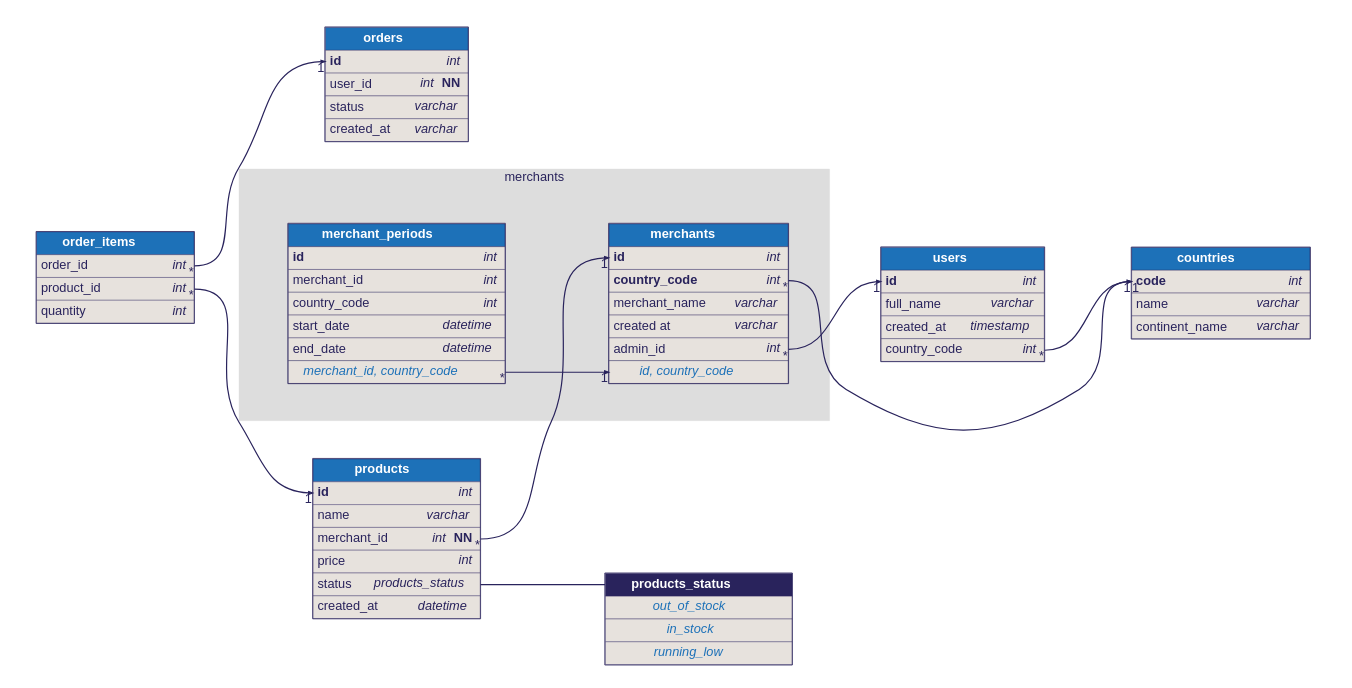
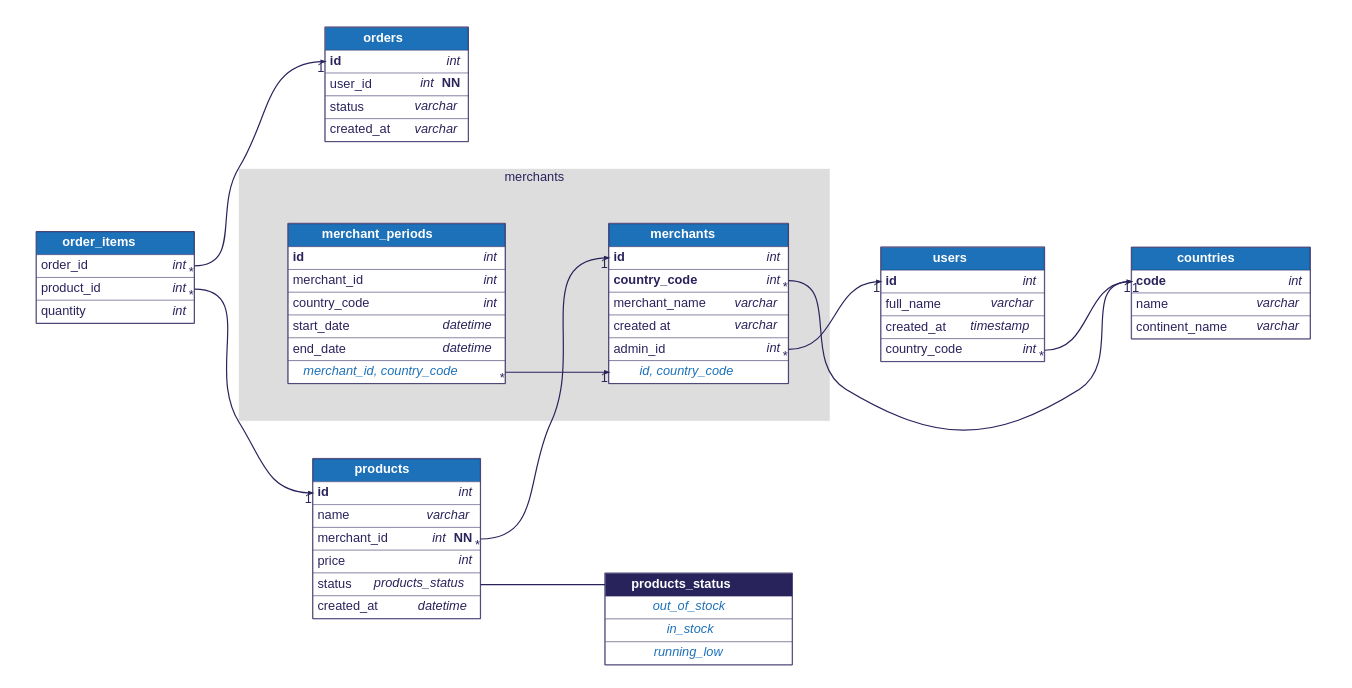
Before and after one commit to zenodinh/dbml-renderer: the diagram in examples/merchants.dbml.dot, drawn with Graphviz. The commit also changed 52 other files, not shown here.

First line of the commit message:
style: white column backgrounds, clean dbdiagram.io-style theme

```diff
--- a/examples/merchants.dbml.dot
+++ b/examples/merchants.dbml.dot
@@ -6,9 +6,9 @@
 
       "products_status" [id="products_status";label=<<TABLE BORDER="2" COLOR="#29235c" CELLBORDER="1" CELLSPACING="0" CELLPADDING="10">
     <TR><TD PORT="f0" BGCOLOR="#29235c"><FONT COLOR="#ffffff"><B>       products_status       </B></FONT></TD></TR>
-    <TR><TD PORT="f0" BGCOLOR="#e7e2dd"><FONT COLOR="#1d71b8"><I>    out_of_stock    </I></FONT></TD></TR>
-<TR><TD PORT="f1" BGCOLOR="#e7e2dd"><FONT COLOR="#1d71b8"><I>    in_stock    </I></FONT></TD></TR>
-<TR><TD PORT="f2" BGCOLOR="#e7e2dd"><FONT COLOR="#1d71b8"><I>    running_low    </I></FONT></TD></TR>
+    <TR><TD PORT="f0" BGCOLOR="#ffffff"><FONT COLOR="#1d71b8"><I>    out_of_stock    </I></FONT></TD></TR>
+<TR><TD PORT="f1" BGCOLOR="#ffffff"><FONT COLOR="#1d71b8"><I>    in_stock    </I></FONT></TD></TR>
+<TR><TD PORT="f2" BGCOLOR="#ffffff"><FONT COLOR="#1d71b8"><I>    running_low    </I></FONT></TD></TR>
     </TABLE>>];
       subgraph cluster_merchants {
       label="merchants"
@@ -17,7 +17,7 @@
 
       "merchants" [id="merchants";label=<<TABLE BORDER="2" COLOR="#29235c" CELLBORDER="1" CELLSPACING="0" CELLPADDING="10">
       <TR><TD PORT="f0" BGCOLOR="#1d71b8"><FONT COLOR="#ffffff"><B>       merchants       </B></FONT></TD></TR>
-<TR><TD ALIGN="LEFT" PORT="f1" BGCOLOR="#e7e2dd">
+<TR><TD ALIGN="LEFT" PORT="f1" BGCOLOR="#ffffff">
       <TABLE CELLPADDING="0" CELLSPACING="0" BORDER="0">
         <TR>
           <TD ALIGN="LEFT"><B>id</B>    </TD>
@@ -25,7 +25,7 @@
         </TR>
       </TABLE>
     </TD></TR>
-<TR><TD ALIGN="LEFT" PORT="f2" BGCOLOR="#e7e2dd">
+<TR><TD ALIGN="LEFT" PORT="f2" BGCOLOR="#ffffff">
       <TABLE CELLPADDING="0" CELLSPACING="0" BORDER="0">
         <TR>
           <TD ALIGN="LEFT"><B>country_code</B>    </TD>
@@ -33,7 +33,7 @@
         </TR>
       </TABLE>
     </TD></TR>
-<TR><TD ALIGN="LEFT" PORT="f3" BGCOLOR="#e7e2dd">
+<TR><TD ALIGN="LEFT" PORT="f3" BGCOLOR="#ffffff">
       <TABLE CELLPADDING="0" CELLSPACING="0" BORDER="0">
         <TR>
           <TD ALIGN="LEFT">merchant_name    </TD>
@@ -41,7 +41,7 @@
         </TR>
       </TABLE>
     </TD></TR>
-<TR><TD ALIGN="LEFT" PORT="f4" BGCOLOR="#e7e2dd">
+<TR><TD ALIGN="LEFT" PORT="f4" BGCOLOR="#ffffff">
       <TABLE CELLPADDING="0" CELLSPACING="0" BORDER="0">
         <TR>
           <TD ALIGN="LEFT">created at    </TD>
@@ -49,7 +49,7 @@
         </TR>
       </TABLE>
     </TD></TR>
-<TR><TD ALIGN="LEFT" PORT="f5" BGCOLOR="#e7e2dd">
+<TR><TD ALIGN="LEFT" PORT="f5" BGCOLOR="#ffffff">
       <TABLE CELLPADDING="0" CELLSPACING="0" BORDER="0">
         <TR>
           <TD ALIGN="LEFT">admin_id    </TD>
@@ -57,11 +57,11 @@
         </TR>
       </TABLE>
     </TD></TR>
-<TR><TD PORT="f6" BGCOLOR="#e7e2dd"><FONT COLOR="#1d71b8"><I>    id, country_code    </I></FONT></TD></TR>
+<TR><TD PORT="f6" BGCOLOR="#ffffff"><FONT COLOR="#1d71b8"><I>    id, country_code    </I></FONT></TD></TR>
     </TABLE>>];
 "merchant_periods" [id="merchant_periods";label=<<TABLE BORDER="2" COLOR="#29235c" CELLBORDER="1" CELLSPACING="0" CELLPADDING="10">
       <TR><TD PORT="f0" BGCOLOR="#1d71b8"><FONT COLOR="#ffffff"><B>       merchant_periods       </B></FONT></TD></TR>
-<TR><TD ALIGN="LEFT" PORT="f1" BGCOLOR="#e7e2dd">
+<TR><TD ALIGN="LEFT" PORT="f1" BGCOLOR="#ffffff">
       <TABLE CELLPADDING="0" CELLSPACING="0" BORDER="0">
         <TR>
           <TD ALIGN="LEFT"><B>id</B>    </TD>
@@ -69,7 +69,7 @@
         </TR>
       </TABLE>
     </TD></TR>
-<TR><TD ALIGN="LEFT" PORT="f2" BGCOLOR="#e7e2dd">
+<TR><TD ALIGN="LEFT" PORT="f2" BGCOLOR="#ffffff">
       <TABLE CELLPADDING="0" CELLSPACING="0" BORDER="0">
         <TR>
           <TD ALIGN="LEFT">merchant_id    </TD>
@@ -77,7 +77,7 @@
         </TR>
       </TABLE>
     </TD></TR>
-<TR><TD ALIGN="LEFT" PORT="f3" BGCOLOR="#e7e2dd">
+<TR><TD ALIGN="LEFT" PORT="f3" BGCOLOR="#ffffff">
       <TABLE CELLPADDING="0" CELLSPACING="0" BORDER="0">
         <TR>
           <TD ALIGN="LEFT">country_code    </TD>
@@ -85,7 +85,7 @@
         </TR>
       </TABLE>
     </TD></TR>
-<TR><TD ALIGN="LEFT" PORT="f4" BGCOLOR="#e7e2dd">
+<TR><TD ALIGN="LEFT" PORT="f4" BGCOLOR="#ffffff">
       <TABLE CELLPADDING="0" CELLSPACING="0" BORDER="0">
         <TR>
           <TD ALIGN="LEFT">start_date    </TD>
@@ -93,7 +93,7 @@
         </TR>
       </TABLE>
     </TD></TR>
-<TR><TD ALIGN="LEFT" PORT="f5" BGCOLOR="#e7e2dd">
+<TR><TD ALIGN="LEFT" PORT="f5" BGCOLOR="#ffffff">
       <TABLE CELLPADDING="0" CELLSPACING="0" BORDER="0">
         <TR>
           <TD ALIGN="LEFT">end_date    </TD>
@@ -101,12 +101,12 @@
         </TR>
       </TABLE>
     </TD></TR>
-<TR><TD PORT="f6" BGCOLOR="#e7e2dd"><FONT COLOR="#1d71b8"><I>    merchant_id, country_code    </I></FONT></TD></TR>
+<TR><TD PORT="f6" BGCOLOR="#ffffff"><FONT COLOR="#1d71b8"><I>    merchant_id, country_code    </I></FONT></TD></TR>
     </TABLE>>];
     }
       "users" [id="users";label=<<TABLE BORDER="2" COLOR="#29235c" CELLBORDER="1" CELLSPACING="0" CELLPADDING="10">
       <TR><TD PORT="f0" BGCOLOR="#1d71b8"><FONT COLOR="#ffffff"><B>       users       </B></FONT></TD></TR>
-<TR><TD ALIGN="LEFT" PORT="f1" BGCOLOR="#e7e2dd">
+<TR><TD ALIGN="LEFT" PORT="f1" BGCOLOR="#ffffff">
       <TABLE CELLPADDING="0" CELLSPACING="0" BORDER="0">
         <TR>
           <TD ALIGN="LEFT"><B>id</B>    </TD>
@@ -114,7 +114,7 @@
         </TR>
       </TABLE>
     </TD></TR>
-<TR><TD ALIGN="LEFT" PORT="f2" BGCOLOR="#e7e2dd">
+<TR><TD ALIGN="LEFT" PORT="f2" BGCOLOR="#ffffff">
       <TABLE CELLPADDING="0" CELLSPACING="0" BORDER="0">
         <TR>
           <TD ALIGN="LEFT">full_name    </TD>
@@ -122,7 +122,7 @@
         </TR>
       </TABLE>
     </TD></TR>
-<TR><TD ALIGN="LEFT" PORT="f3" BGCOLOR="#e7e2dd">
+<TR><TD ALIGN="LEFT" PORT="f3" BGCOLOR="#ffffff">
       <TABLE CELLPADDING="0" CELLSPACING="0" BORDER="0">
         <TR>
           <TD ALIGN="LEFT">created_at    </TD>
@@ -130,7 +130,7 @@
         </TR>
       </TABLE>
     </TD></TR>
-<TR><TD ALIGN="LEFT" PORT="f4" BGCOLOR="#e7e2dd">
+<TR><TD ALIGN="LEFT" PORT="f4" BGCOLOR="#ffffff">
       <TABLE CELLPADDING="0" CELLSPACING="0" BORDER="0">
         <TR>
           <TD ALIGN="LEFT">country_code    </TD>
@@ -141,7 +141,7 @@
     </TABLE>>];
 "countries" [id="countries";label=<<TABLE BORDER="2" COLOR="#29235c" CELLBORDER="1" CELLSPACING="0" CELLPADDING="10">
       <TR><TD PORT="f0" BGCOLOR="#1d71b8"><FONT COLOR="#ffffff"><B>       countries       </B></FONT></TD></TR>
-<TR><TD ALIGN="LEFT" PORT="f1" BGCOLOR="#e7e2dd">
+<TR><TD ALIGN="LEFT" PORT="f1" BGCOLOR="#ffffff">
       <TABLE CELLPADDING="0" CELLSPACING="0" BORDER="0">
         <TR>
           <TD ALIGN="LEFT"><B>code</B>    </TD>
@@ -149,7 +149,7 @@
         </TR>
       </TABLE>
     </TD></TR>
-<TR><TD ALIGN="LEFT" PORT="f2" BGCOLOR="#e7e2dd">
+<TR><TD ALIGN="LEFT" PORT="f2" BGCOLOR="#ffffff">
       <TABLE CELLPADDING="0" CELLSPACING="0" BORDER="0">
         <TR>
           <TD ALIGN="LEFT">name    </TD>
@@ -157,7 +157,7 @@
         </TR>
       </TABLE>
     </TD></TR>
-<TR><TD ALIGN="LEFT" PORT="f3" BGCOLOR="#e7e2dd">
+<TR><TD ALIGN="LEFT" PORT="f3" BGCOLOR="#ffffff">
       <TABLE CELLPADDING="0" CELLSPACING="0" BORDER="0">
         <TR>
           <TD ALIGN="LEFT">continent_name    </TD>
@@ -168,7 +168,7 @@
     </TABLE>>];
 "order_items" [id="order_items";label=<<TABLE BORDER="2" COLOR="#29235c" CELLBORDER="1" CELLSPACING="0" CELLPADDING="10">
       <TR><TD PORT="f0" BGCOLOR="#1d71b8"><FONT COLOR="#ffffff"><B>       order_items       </B></FONT></TD></TR>
-<TR><TD ALIGN="LEFT" PORT="f1" BGCOLOR="#e7e2dd">
+<TR><TD ALIGN="LEFT" PORT="f1" BGCOLOR="#ffffff">
       <TABLE CELLPADDING="0" CELLSPACING="0" BORDER="0">
         <TR>
           <TD ALIGN="LEFT">order_id    </TD>
@@ -176,7 +176,7 @@
         </TR>
       </TABLE>
     </TD></TR>
-<TR><TD ALIGN="LEFT" PORT="f2" BGCOLOR="#e7e2dd">
+<TR><TD ALIGN="LEFT" PORT="f2" BGCOLOR="#ffffff">
       <TABLE CELLPADDING="0" CELLSPACING="0" BORDER="0">
         <TR>
           <TD ALIGN="LEFT">product_id    </TD>
@@ -184,7 +184,7 @@
         </TR>
       </TABLE>
     </TD></TR>
-<TR><TD ALIGN="LEFT" PORT="f3" BGCOLOR="#e7e2dd">
+<TR><TD ALIGN="LEFT" PORT="f3" BGCOLOR="#ffffff">
       <TABLE CELLPADDING="0" CELLSPACING="0" BORDER="0">
         <TR>
           <TD ALIGN="LEFT">quantity    </TD>
@@ -195,7 +195,7 @@
     </TABLE>>];
 "orders" [id="orders";label=<<TABLE BORDER="2" COLOR="#29235c" CELLBORDER="1" CELLSPACING="0" CELLPADDING="10">
       <TR><TD PORT="f0" BGCOLOR="#1d71b8"><FONT COLOR="#ffffff"><B>       orders       </B></FONT></TD></TR>
-<TR><TD ALIGN="LEFT" PORT="f1" BGCOLOR="#e7e2dd">
+<TR><TD ALIGN="LEFT" PORT="f1" BGCOLOR="#ffffff">
       <TABLE CELLPADDING="0" CELLSPACING="0" BORDER="0">
         <TR>
           <TD ALIGN="LEFT"><B>id</B>    </TD>
@@ -203,7 +203,7 @@
         </TR>
       </TABLE>
     </TD></TR>
-<TR><TD ALIGN="LEFT" PORT="f2" BGCOLOR="#e7e2dd">
+<TR><TD ALIGN="LEFT" PORT="f2" BGCOLOR="#ffffff">
       <TABLE CELLPADDING="0" CELLSPACING="0" BORDER="0">
         <TR>
           <TD ALIGN="LEFT">user_id    </TD>
@@ -211,7 +211,7 @@
         </TR>
       </TABLE>
     </TD></TR>
-<TR><TD ALIGN="LEFT" PORT="f3" BGCOLOR="#e7e2dd">
+<TR><TD ALIGN="LEFT" PORT="f3" BGCOLOR="#ffffff">
       <TABLE CELLPADDING="0" CELLSPACING="0" BORDER="0">
         <TR>
           <TD ALIGN="LEFT">status    </TD>
@@ -219,7 +219,7 @@
         </TR>
       </TABLE>
     </TD></TR>
-<TR><TD ALIGN="LEFT" PORT="f4" BGCOLOR="#e7e2dd">
+<TR><TD ALIGN="LEFT" PORT="f4" BGCOLOR="#ffffff">
       <TABLE CELLPADDING="0" CELLSPACING="0" BORDER="0">
         <TR>
           <TD ALIGN="LEFT">created_at    </TD>
@@ -230,7 +230,7 @@
     </TABLE>>];
 "products" [id="products";label=<<TABLE BORDER="2" COLOR="#29235c" CELLBORDER="1" CELLSPACING="0" CELLPADDING="10">
       <TR><TD PORT="f0" BGCOLOR="#1d71b8"><FONT COLOR="#ffffff"><B>       products       </B></FONT></TD></TR>
-<TR><TD ALIGN="LEFT" PORT="f1" BGCOLOR="#e7e2dd">
+<TR><TD ALIGN="LEFT" PORT="f1" BGCOLOR="#ffffff">
       <TABLE CELLPADDING="0" CELLSPACING="0" BORDER="0">
         <TR>
           <TD ALIGN="LEFT"><B>id</B>    </TD>
@@ -238,7 +238,7 @@
         </TR>
       </TABLE>
     </TD></TR>
-<TR><TD ALIGN="LEFT" PORT="f2" BGCOLOR="#e7e2dd">
+<TR><TD ALIGN="LEFT" PORT="f2" BGCOLOR="#ffffff">
       <TABLE CELLPADDING="0" CELLSPACING="0" BORDER="0">
         <TR>
           <TD ALIGN="LEFT">name    </TD>
@@ -246,7 +246,7 @@
         </TR>
       </TABLE>
     </TD></TR>
-<TR><TD ALIGN="LEFT" PORT="f3" BGCOLOR="#e7e2dd">
+<TR><TD ALIGN="LEFT" PORT="f3" BGCOLOR="#ffffff">
       <TABLE CELLPADDING="0" CELLSPACING="0" BORDER="0">
         <TR>
           <TD ALIGN="LEFT">merchant_id    </TD>
@@ -254,7 +254,7 @@
         </TR>
       </TABLE>
     </TD></TR>
-<TR><TD ALIGN="LEFT" PORT="f4" BGCOLOR="#e7e2dd">
+<TR><TD ALIGN="LEFT" PORT="f4" BGCOLOR="#ffffff">
       <TABLE CELLPADDING="0" CELLSPACING="0" BORDER="0">
         <TR>
           <TD ALIGN="LEFT">price    </TD>
@@ -262,7 +262,7 @@
         </TR>
       </TABLE>
     </TD></TR>
-<TR><TD ALIGN="LEFT" PORT="f5" BGCOLOR="#e7e2dd">
+<TR><TD ALIGN="LEFT" PORT="f5" BGCOLOR="#ffffff">
       <TABLE CELLPADDING="0" CELLSPACING="0" BORDER="0">
         <TR>
           <TD ALIGN="LEFT">status    </TD>
@@ -270,7 +270,7 @@
         </TR>
       </TABLE>
     </TD></TR>
-<TR><TD ALIGN="LEFT" PORT="f6" BGCOLOR="#e7e2dd">
+<TR><TD ALIGN="LEFT" PORT="f6" BGCOLOR="#ffffff">
       <TABLE CELLPADDING="0" CELLSPACING="0" BORDER="0">
         <TR>
           <TD ALIGN="LEFT">created_at    </TD>
```
